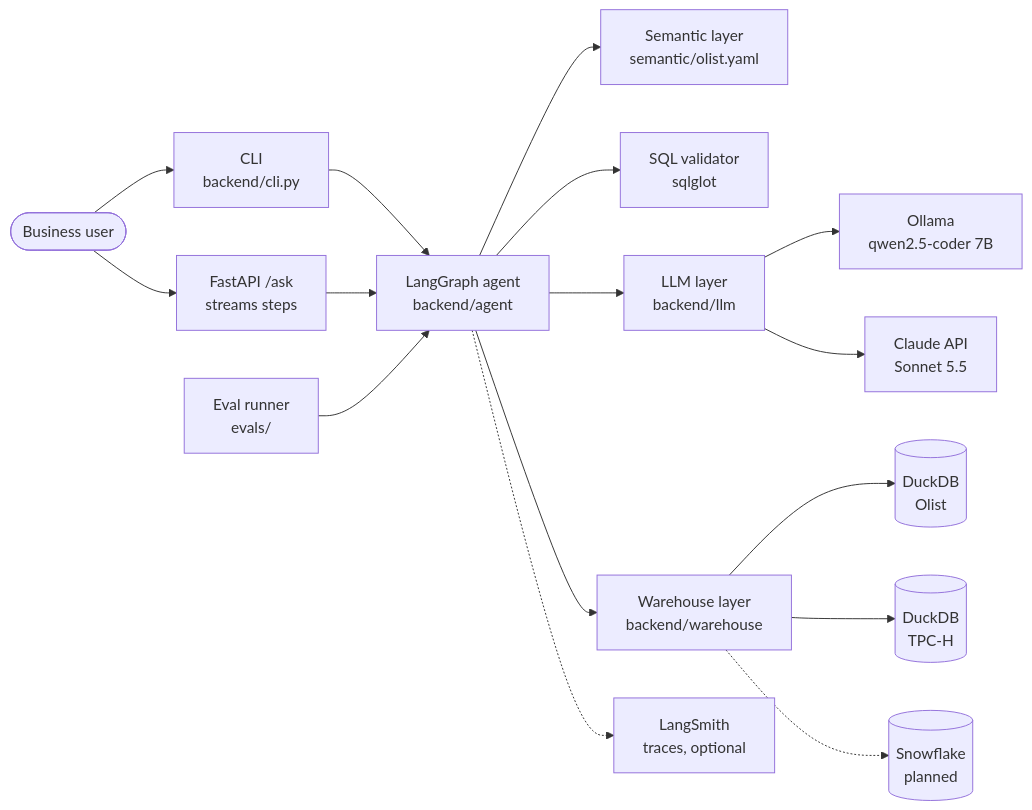
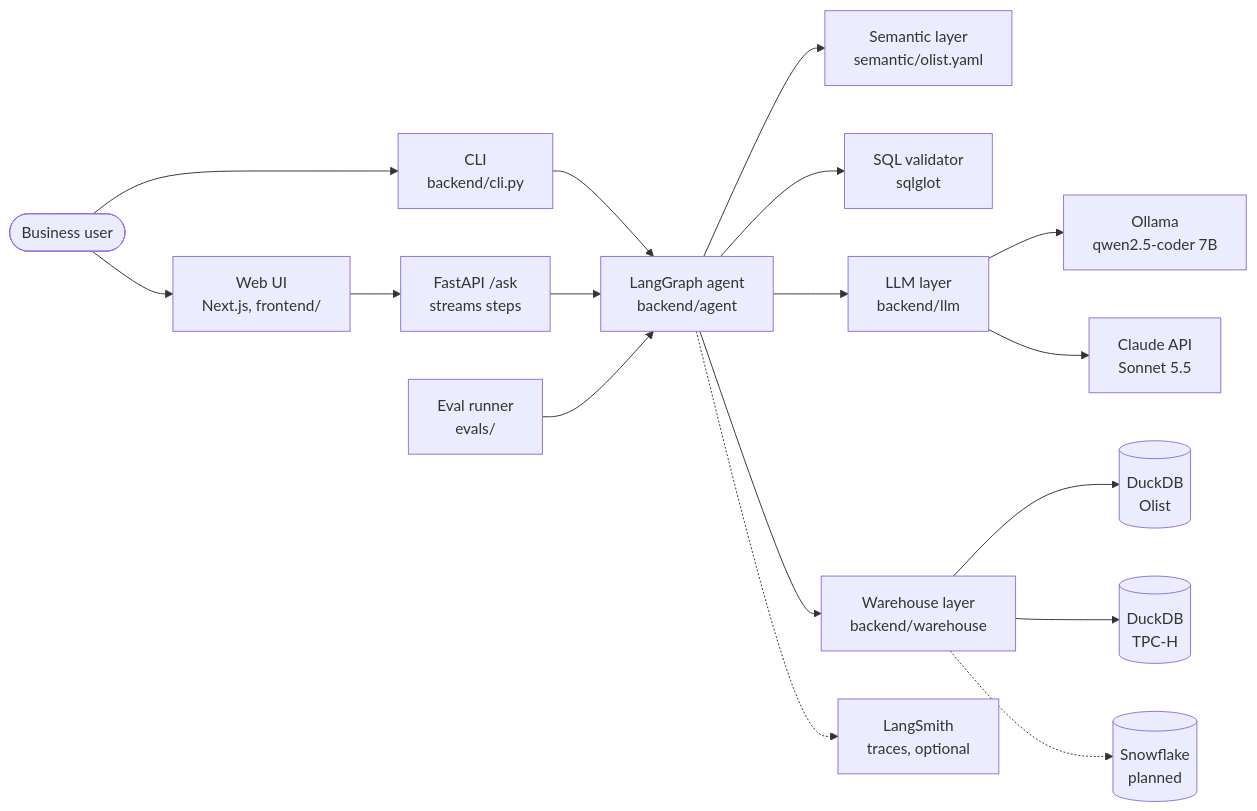
One commit to MelcoolA/querypilot changed the first of 2 diagrams in README.md. Above: the diagram before and after it, drawn with Mermaid. The commit also changed other lines of this file and 6 other files, not shown here.

````diff
--- a/README.md
+++ b/README.md
@@ -89,18 +48,19 @@
 ```mermaid
 flowchart LR
-    U([Business user]) --> CLI[CLI<br/>backend/cli.py]
-    U --> API[FastAPI /ask<br/>streams steps]
+    U([Business user]) --> UI[Web UI<br/>Next.js, frontend/]
+    U --> CLI[CLI<br/>backend/cli.py]
+    UI --> API[FastAPI /ask<br/>streams steps]
     CLI --> AG[LangGraph agent<br/>backend/agent]
     API --> AG
     EV[Eval runner<br/>evals/] --> AG
     AG --> SEM[Semantic layer<br/>semantic/olist.yaml]
     AG --> VAL[SQL validator<br/>sqlglot]
     AG --> LLM[LLM layer<br/>backend/llm]
     LLM --> OL[Ollama<br/>qwen2.5-coder 7B]
     LLM --> CL[Claude API<br/>Sonnet 5.5]
     AG --> WH[Warehouse layer<br/>backend/warehouse]
     WH --> D1[(DuckDB<br/>Olist)]
     WH --> D2[(DuckDB<br/>TPC-H)]
     WH -.-> SF[(Snowflake<br/>planned)]
     AG -.-> LS[LangSmith<br/>traces, optional]
 ```
````
